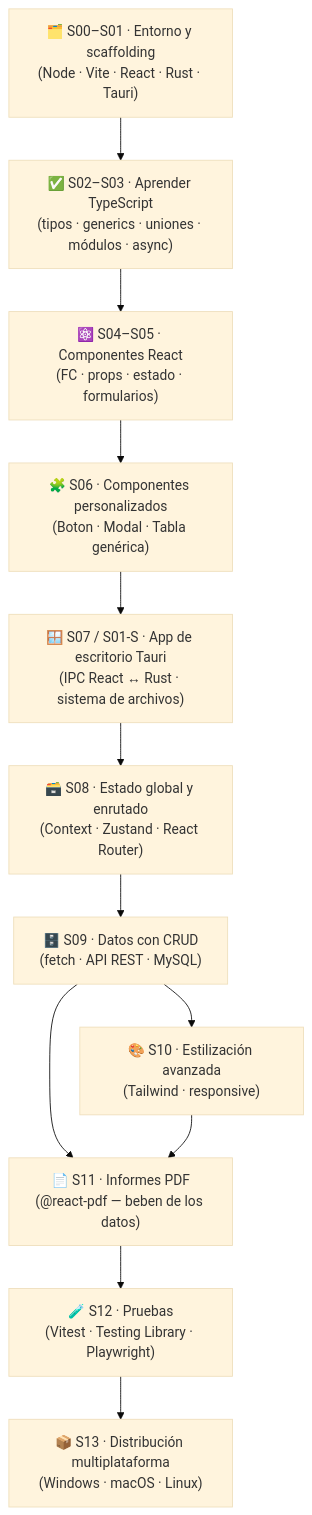
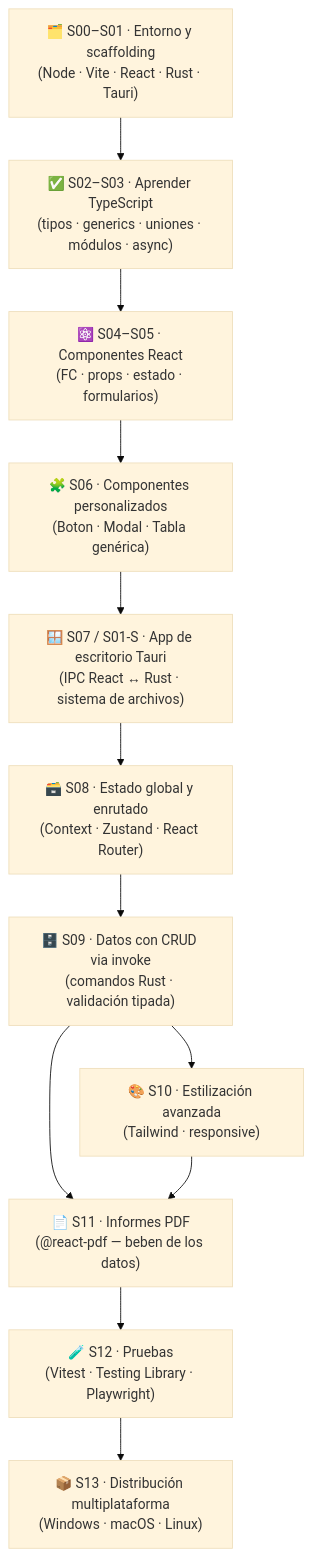
Before and after one commit to MolinaJM/DI-REACT-TAURI: the diagram in README.md, drawn with Mermaid (base theme). The commit also changed other lines of this file and 27 other files, not shown here.

````diff
--- a/README.md
+++ b/README.md
@@ -72,26 +72,26 @@
 ```mermaid
 flowchart TD
     ENV["🗂️ S00–S01 · Entorno y scaffolding<br/>(Node · Vite · React · Rust · Tauri)"]
     TS["✅ S02–S03 · Aprender TypeScript<br/>(tipos · generics · uniones · módulos · async)"]
     REACT["⚛️ S04–S05 · Componentes React<br/>(FC · props · estado · formularios)"]
     CUSTOM["🧩 S06 · Componentes personalizados<br/>(Boton · Modal · Tabla genérica)"]
     TAURI["🪟 S07 / S01-S · App de escritorio Tauri<br/>(IPC React ↔ Rust · sistema de archivos)"]
     GLOBAL["🗃️ S08 · Estado global y enrutado<br/>(Context · Zustand · React Router)"]
-    CRUD["🗄️ S09 · Datos con CRUD<br/>(fetch · API REST · MySQL)"]
+    CRUD["🗄️ S09 · Datos con CRUD via invoke<br/>(comandos Rust · validación tipada)"]
     STYLE["🎨 S10 · Estilización avanzada<br/>(Tailwind · responsive)"]
     PDF["📄 S11 · Informes PDF<br/>(@react-pdf — beben de los datos)"]
     TEST["🧪 S12 · Pruebas<br/>(Vitest · Testing Library · Playwright)"]
     DIST["📦 S13 · Distribución multiplataforma<br/>(Windows · macOS · Linux)"]
 
     ENV --> TS
     TS --> REACT
     REACT --> CUSTOM
     CUSTOM --> TAURI
     TAURI --> GLOBAL
     GLOBAL --> CRUD
     CRUD --> STYLE
     CRUD --> PDF
     STYLE --> PDF
     PDF --> TEST
     TEST --> DIST
 ```
````
